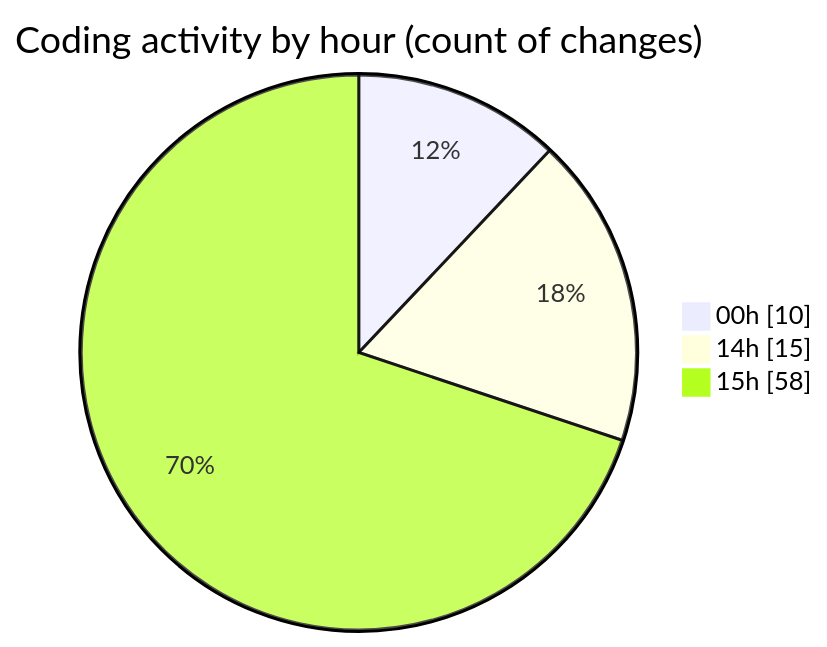
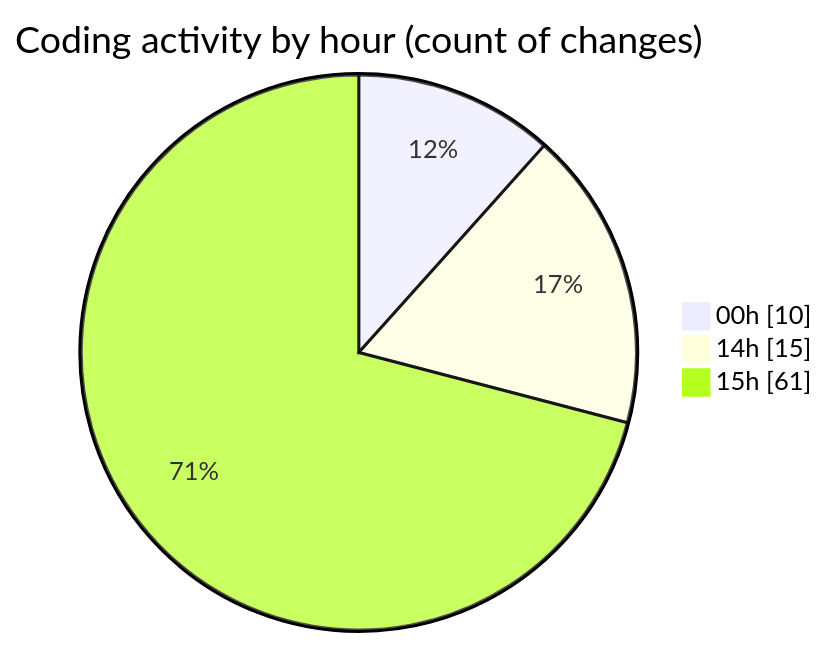
One commit to Netris89/code-tracking changed the second of 2 diagrams in 2025-04-07/echo/README.md. Above: the diagram before and after it, drawn with Mermaid. The commit also changed other lines of this file and 1 other file, not shown here.

````diff
--- a/2025-04-07/echo/README.md
+++ b/2025-04-07/echo/README.md
@@ -38,7 +39,7 @@
 ```mermaid
 pie showData
 title Coding activity by hour (count of changes)
 "00h" : 10
 "14h" : 15
-"15h" : 58
+"15h" : 61
 ```
````
